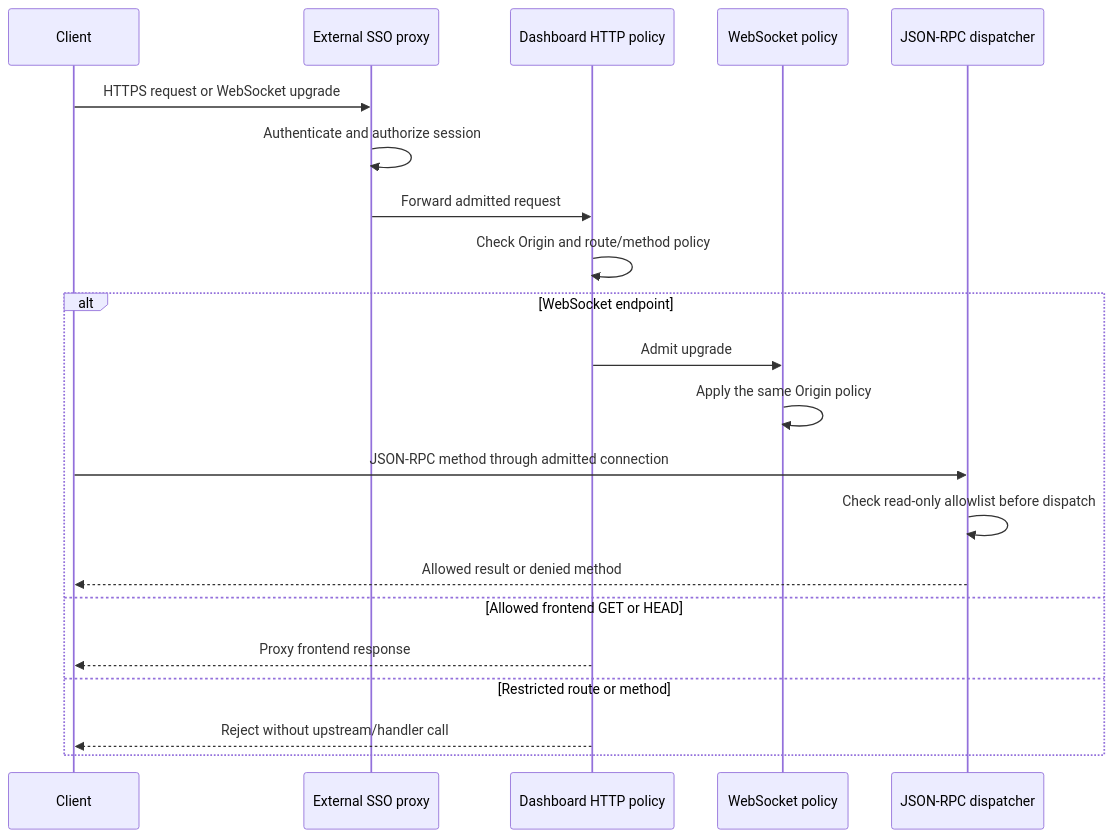
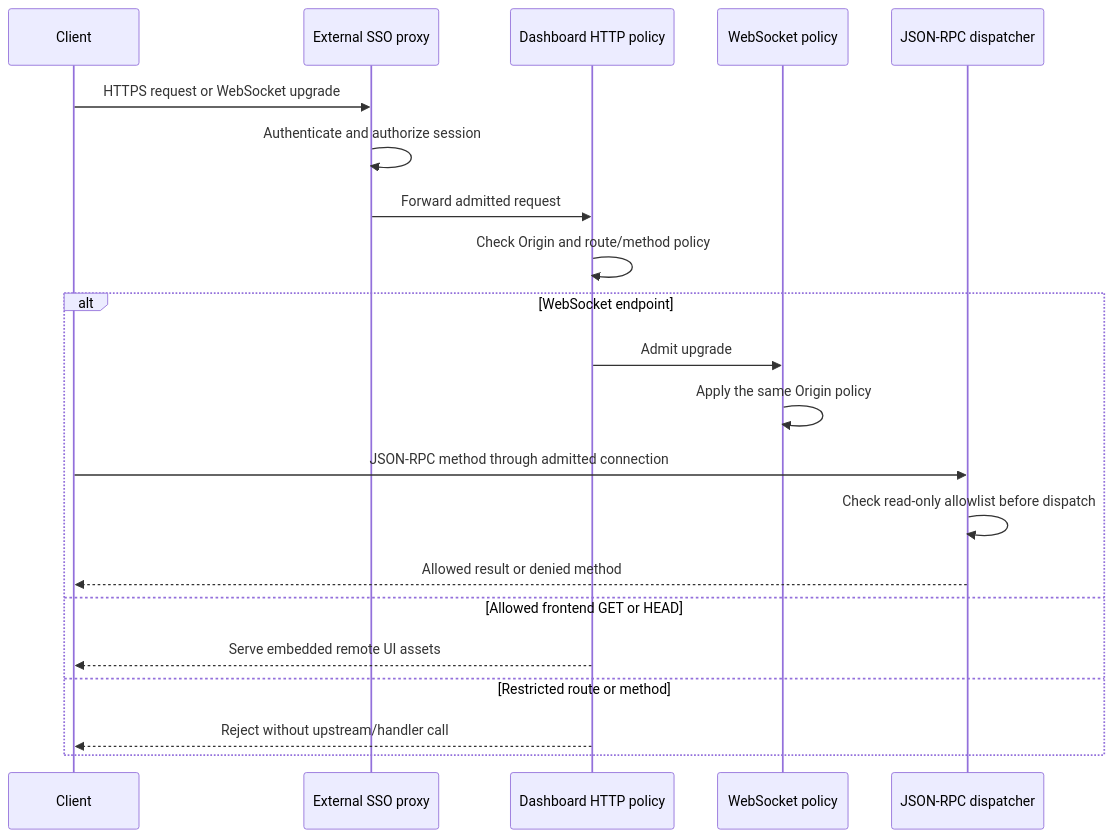
Before and after one commit to Seed-Leaf/encore: the diagram in docs/self-host-dashboard/implementation.md, drawn with Mermaid. The commit also changed other lines of this file and 18 other files, not shown here.

Commit message:
Serve an independent remote dashboard instead of Cloud frontend

````diff
--- a/docs/self-host-dashboard/implementation.md
+++ b/docs/self-host-dashboard/implementation.md
@@ -43,23 +44,23 @@
 ```mermaid
 sequenceDiagram
     participant Client
     participant Proxy as External SSO proxy
     participant HTTP as Dashboard HTTP policy
     participant WS as WebSocket policy
     participant RPC as JSON-RPC dispatcher
     Client->>Proxy: HTTPS request or WebSocket upgrade
     Proxy->>Proxy: Authenticate and authorize session
     Proxy->>HTTP: Forward admitted request
     HTTP->>HTTP: Check Origin and route/method policy
     alt WebSocket endpoint
         HTTP->>WS: Admit upgrade
         WS->>WS: Apply the same Origin policy
         Client->>RPC: JSON-RPC method through admitted connection
         RPC->>RPC: Check read-only allowlist before dispatch
         RPC-->>Client: Allowed result or denied method
     else Allowed frontend GET or HEAD
-        HTTP-->>Client: Proxy frontend response
+        HTTP-->>Client: Serve embedded remote UI assets
     else Restricted route or method
         HTTP-->>Client: Reject without upstream/handler call
     end
 ```
````
